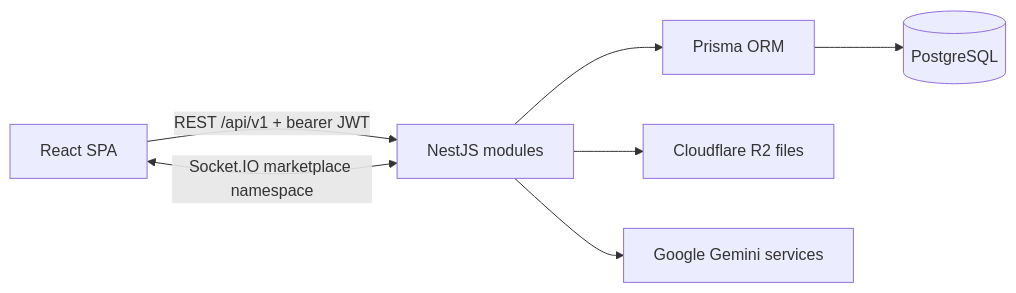
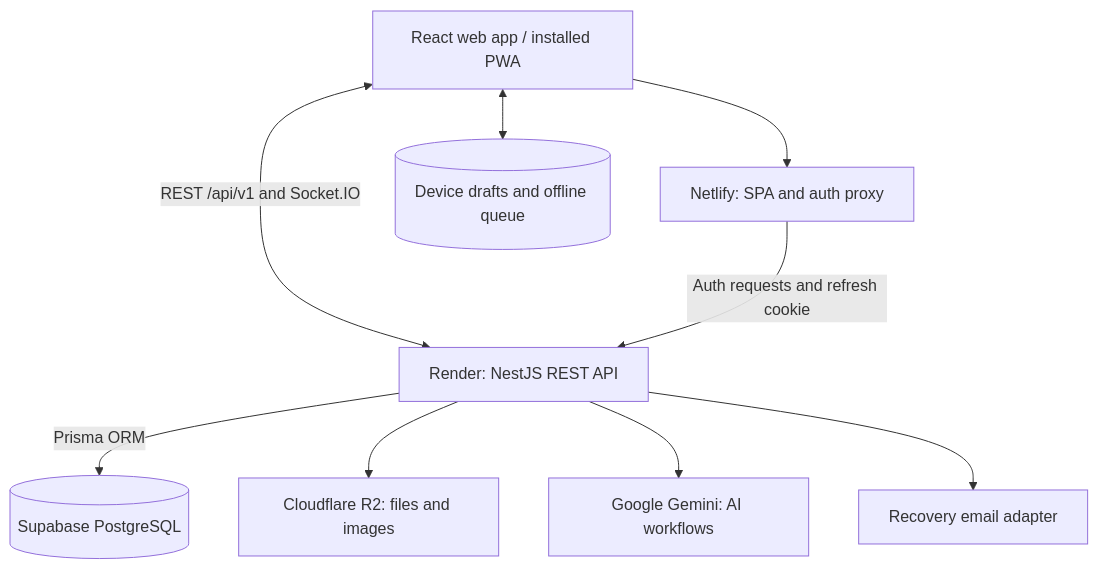
One commit to exceptional007/INCA changed the second of 2 diagrams in README.md. Above: the diagram before and after it, drawn with Mermaid. The commit also changed other lines of this file and 3 other files, not shown here.

````diff
--- a/README.md
+++ b/README.md
@@ -50,9 +149,19 @@
 ```mermaid
-flowchart LR
-    Browser[React SPA] -->|REST /api/v1 + bearer JWT| API[NestJS modules]
-    Browser <-->|Socket.IO marketplace namespace| API
-    API --> Prisma[Prisma ORM]
-    Prisma --> DB[(PostgreSQL)]
-    API --> R2[Cloudflare R2 files]
-    API --> Gemini[Google Gemini services]
+flowchart TD
+    Browser[React web app / installed PWA]
+    Netlify[Netlify: SPA and auth proxy]
+    API[Render: NestJS REST API]
+    Local[(Device drafts and offline queue)]
+    DB[(Supabase PostgreSQL)]
+    R2[Cloudflare R2: files and images]
+    AI[Google Gemini: AI workflows]
+    Mail[Recovery email adapter]
+    Browser --> Netlify
+    Browser <-->|REST /api/v1 and Socket.IO| API
+    Netlify -->|Auth requests and refresh cookie| API
+    Browser <--> Local
+    API -->|Prisma ORM| DB
+    API --> R2
+    API --> AI
+    API --> Mail
 ```
````
